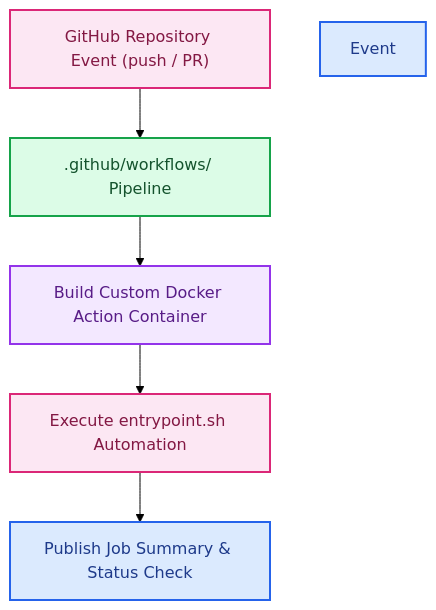
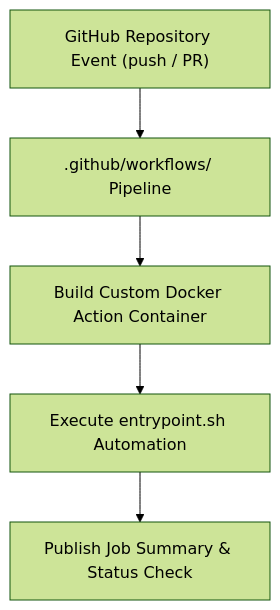
One commit to RobinaMirbahar/skills-hello-github-actions changed the diagram in README.md. Above: the diagram before and after it, drawn with Mermaid (forest theme).

Commit message:
docs: revert Mermaid color overrides for crisp native GitHub rendering and consolidate header

````diff
--- a/README.md
+++ b/README.md
@@ -23,13 +23,7 @@
 ```mermaid
 flowchart TD
     A["GitHub Repository Event (push / PR)"] --> B[".github/workflows/ Pipeline"]
     B --> C["Build Custom Docker Action Container"]
     C --> D["Execute entrypoint.sh Automation"]
     D --> E["Publish Job Summary & Status Check"]
-    style A fill:#fce7f3,stroke:#db2777,stroke-width:2px,color:#831843
-    style Event fill:#dbeafe,stroke:#2563eb,stroke-width:2px,color:#1e3a8a
-    style B fill:#dcfce7,stroke:#16a34a,stroke-width:2px,color:#14532d
-    style C fill:#f3e8ff,stroke:#9333ea,stroke-width:2px,color:#581c87
-    style D fill:#fce7f3,stroke:#db2777,stroke-width:2px,color:#831843
-    style E fill:#dbeafe,stroke:#2563eb,stroke-width:2px,color:#1e3a8a
 ```
````
